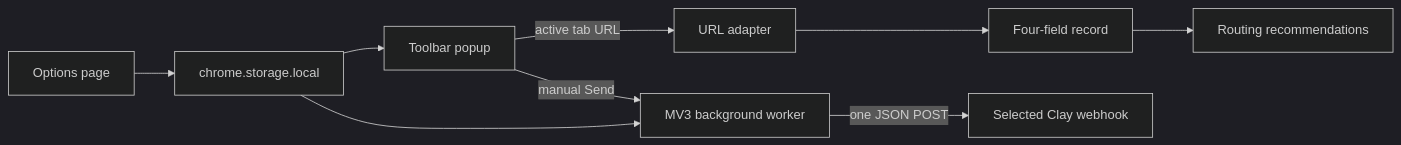
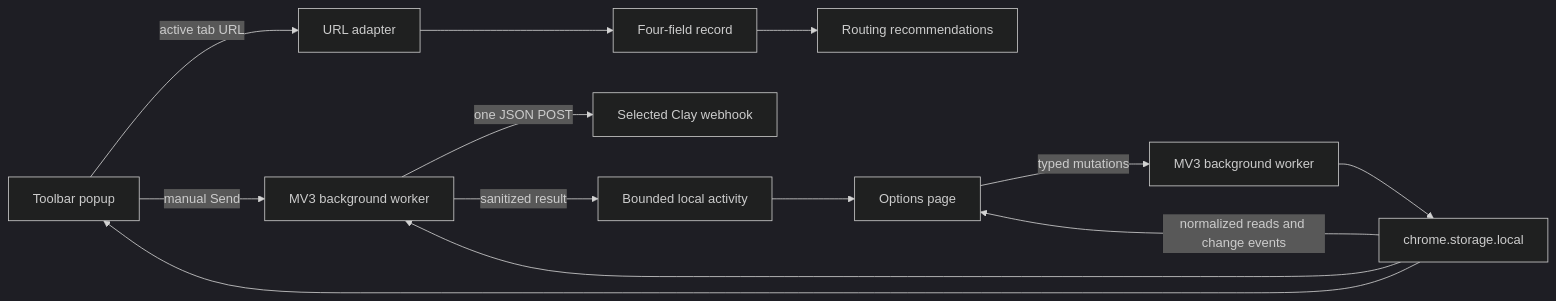
One commit to danguenet/pushrow changed the diagram in docs/architecture.md. Above: the diagram before and after it, drawn with Mermaid (dark theme). The commit also changed other lines of this file and 122 other files, not shown here.

````diff
--- a/docs/architecture.md
+++ b/docs/architecture.md
@@ -5,11 +5,15 @@
 ```mermaid
 flowchart LR
   A["Toolbar popup"] -->|"active tab URL"| B["URL adapter"]
   B --> C["Four-field record"]
   C --> D["Routing recommendations"]
   A -->|"manual Send"| E["MV3 background worker"]
   E -->|"one JSON POST"| F["Selected Clay webhook"]
-  G["Options page"] --> H["chrome.storage.local"]
+  E -->|"sanitized result"| I["Bounded local activity"]
+  G["Options page"] -->|"typed mutations"| J["MV3 background worker"]
+  J --> H["chrome.storage.local"]
+  H -->|"normalized reads and change events"| G
+  I --> G
   H --> A
   H --> E
 ```
````
